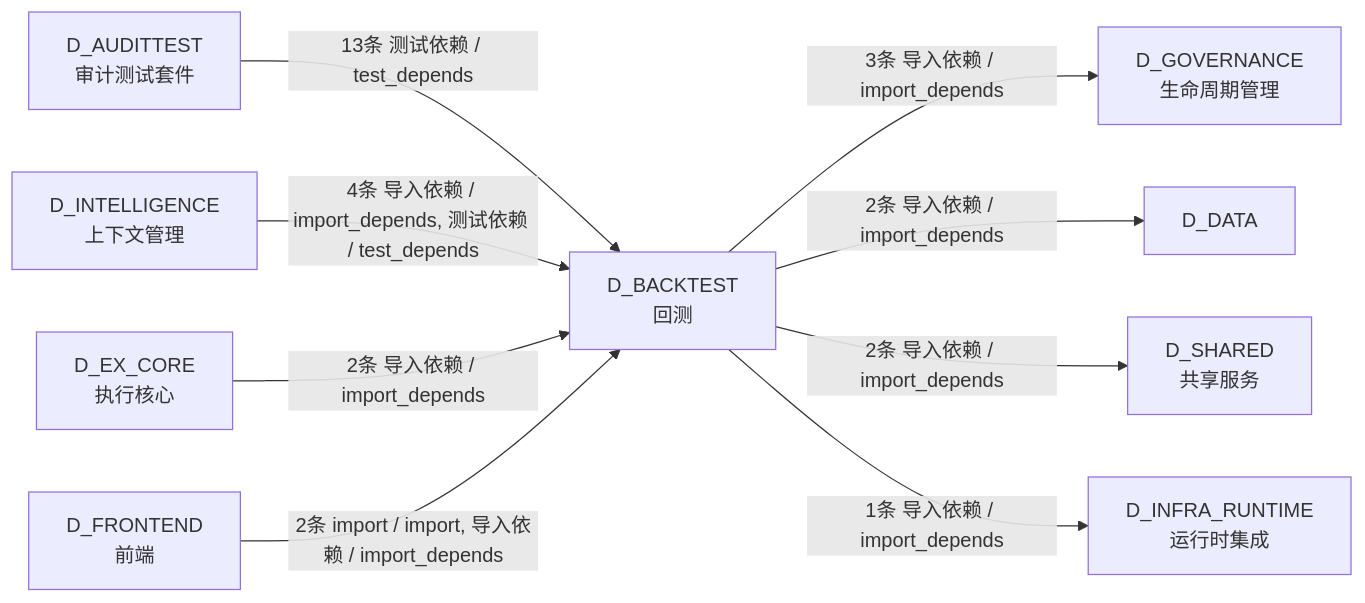
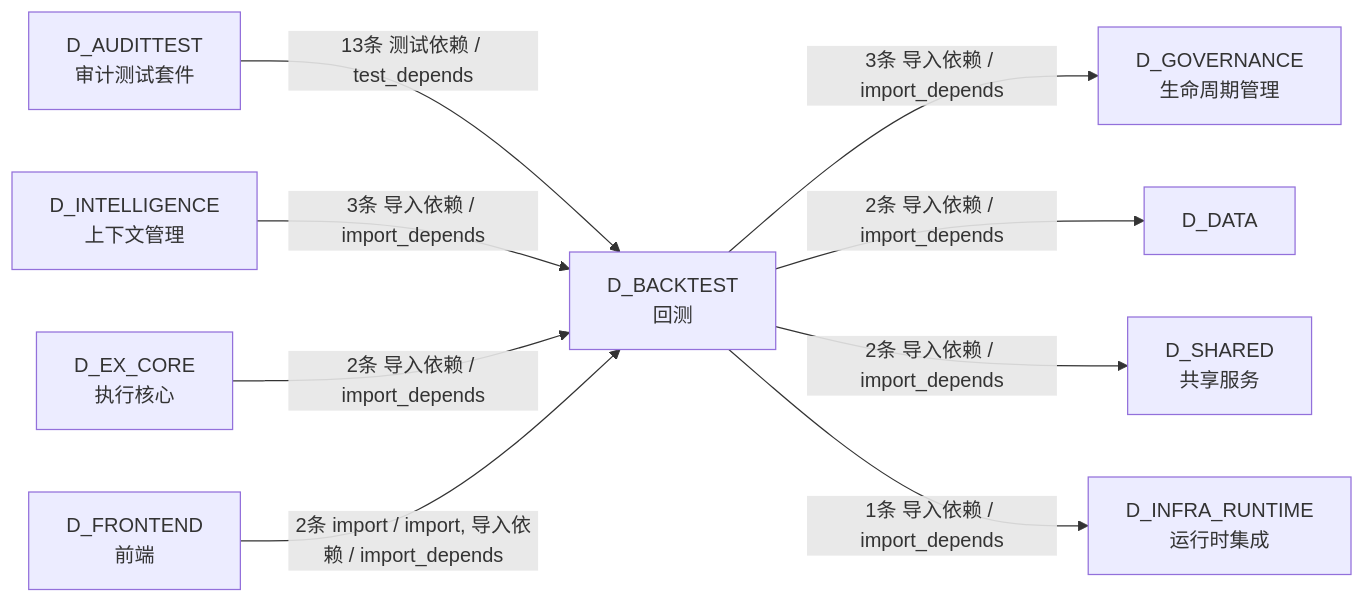
The sixth of 6 diagrams in docs/02_enterprise_architecture/02_domain_architecture_docs/30_d_backtest.md (xuanFelixVan/ZephyrAlpha), drawn with Mermaid before and after one commit. The commit also changed other lines of this file and 126 other files, not shown here.

````diff
--- a/docs/02_enterprise_architecture/02_domain_architecture_docs/30_d_backtest.md
+++ b/docs/02_enterprise_architecture/02_domain_architecture_docs/30_d_backtest.md
@@ -424,20 +423,20 @@
 ```mermaid
 graph LR
     D_BACKTEST["D_BACKTEST<br/>回测"]
     D_GOVERNANCE["D_GOVERNANCE<br/>生命周期管理"]
     D_DATA["D_DATA"]
     D_SHARED["D_SHARED<br/>共享服务"]
     D_INFRA_RUNTIME["D_INFRA_RUNTIME<br/>运行时集成"]
     D_AUDITTEST["D_AUDITTEST<br/>审计测试套件"]
     D_INTELLIGENCE["D_INTELLIGENCE<br/>上下文管理"]
     D_EX_CORE["D_EX_CORE<br/>执行核心"]
     D_FRONTEND["D_FRONTEND<br/>前端"]
     D_BACKTEST -->|3条 导入依赖 / import_depends| D_GOVERNANCE
     D_BACKTEST -->|2条 导入依赖 / import_depends| D_DATA
     D_BACKTEST -->|2条 导入依赖 / import_depends| D_SHARED
     D_BACKTEST -->|1条 导入依赖 / import_depends| D_INFRA_RUNTIME
     D_AUDITTEST -->|13条 测试依赖 / test_depends| D_BACKTEST
-    D_INTELLIGENCE -->|4条 导入依赖 / import_depends, 测试依赖 / test_depends| D_BACKTEST
+    D_INTELLIGENCE -->|3条 导入依赖 / import_depends| D_BACKTEST
     D_EX_CORE -->|2条 导入依赖 / import_depends| D_BACKTEST
     D_FRONTEND -->|2条 import / import, 导入依赖 / import_depends| D_BACKTEST
 ```
````
